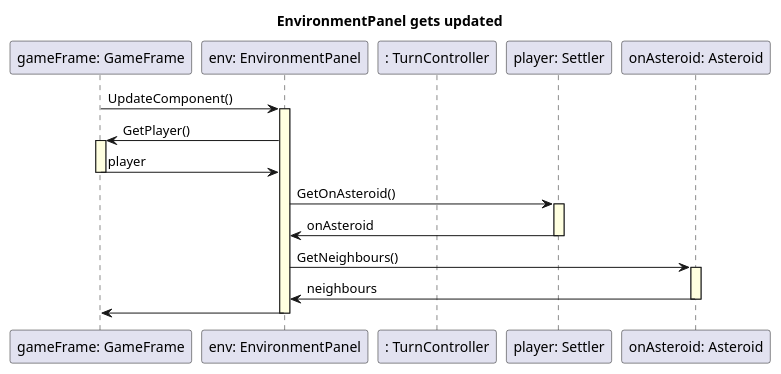
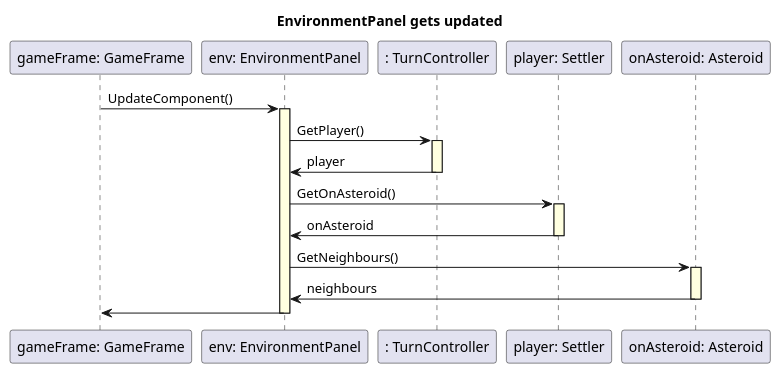
One commit to bbucsy/projlab_holy_oil changed the diagram in uml/gui_seq_diagrams/update_environmentpanel.plantuml. Above: the diagram before and after it, drawn with PlantUML. The commit also changed 5 other files, not shown here.

```diff
--- a/uml/gui_seq_diagrams/update_environmentpanel.plantuml
+++ b/uml/gui_seq_diagrams/update_environmentpanel.plantuml
@@ -1,27 +1,27 @@
 @startuml seq
 
 skinparam SequenceLifeLineBackgroundColor LightYellow
 
 title "EnvironmentPanel gets updated"
 
 participant "gameFrame: GameFrame" as gameFrame
 participant "env: EnvironmentPanel" as env
 participant ": TurnController" as turnC
 
 gameFrame -> env ++: UpdateComponent()
-env -> gameFrame ++: GetPlayer()
-gameFrame -> env --: player
+env -> turnC ++: GetPlayer()
+turnC -> env --: player
 
 participant "player: Settler" as settler
 
 env -> settler ++: GetOnAsteroid()
 settler -> env --: onAsteroid
 
 participant "onAsteroid: Asteroid" as asteroid
 
 env -> asteroid ++: GetNeighbours()
 asteroid -> env --: neighbours
 
 env -> gameFrame --
 
 @enduml
```
